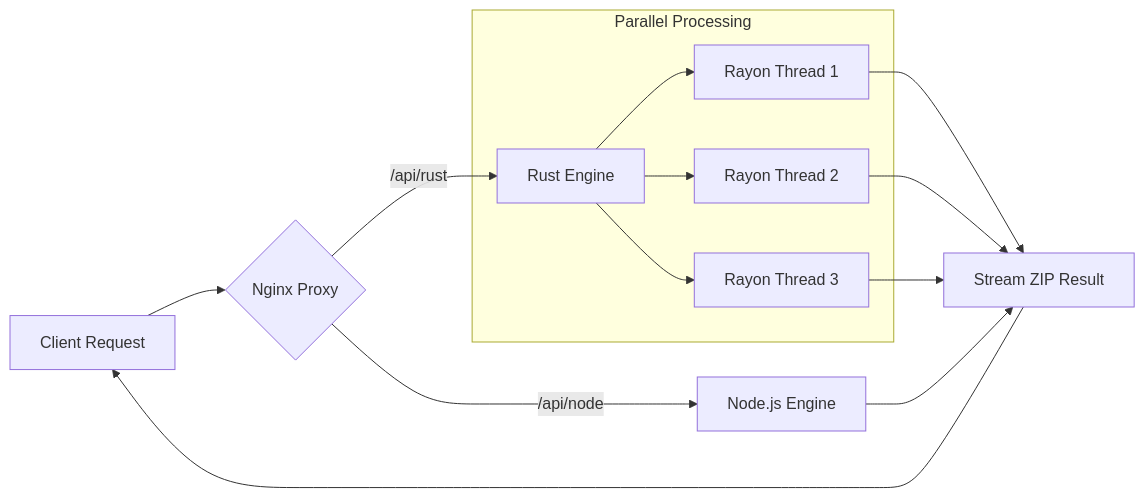
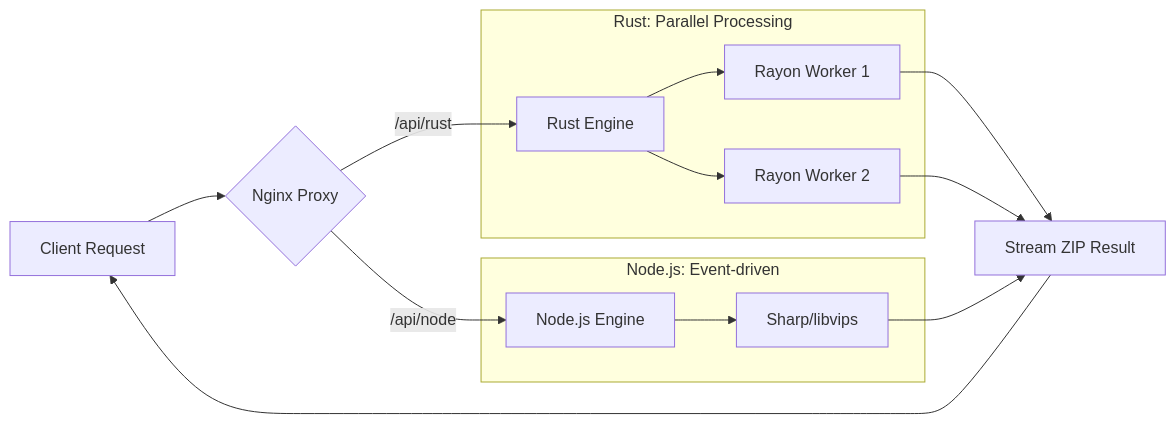
Before and after one commit to mikaelnguyenpg/rust-image-engine: the diagram in README.md, drawn with Mermaid. The commit also changed other lines of this file and 7 other files, not shown here.

````diff
--- a/README.md
+++ b/README.md
@@ -128,16 +21,18 @@
 ```mermaid
 graph LR
     A[Client Request] --> B{Nginx Proxy}
     B -- /api/rust --> C[Rust Engine]
     B -- /api/node --> D[Node.js Engine]
 
-    subgraph Rust_Process [Parallel Processing]
-    C --> C1[Rayon Thread 1]
-    C --> C2[Rayon Thread 2]
-    C --> C3[Rayon Thread 3]
+    subgraph "Rust: Parallel Processing"
+    C --> C1[Rayon Worker 1]
+    C --> C2[Rayon Worker 2]
     end
 
-    C1 & C2 & C3 --> E[Stream ZIP Result]
-    D --> E
+    subgraph "Node.js: Event-driven"
+    D --> D1[Sharp/libvips]
+    end
+
+    C1 & C2 & D1 --> E[Stream ZIP Result]
     E --> A
 ```
````
